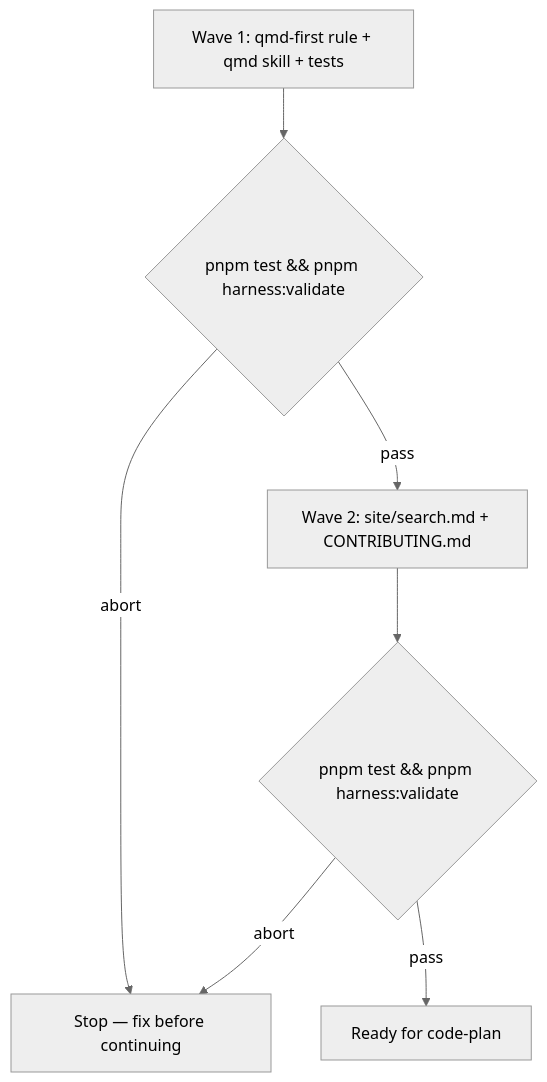
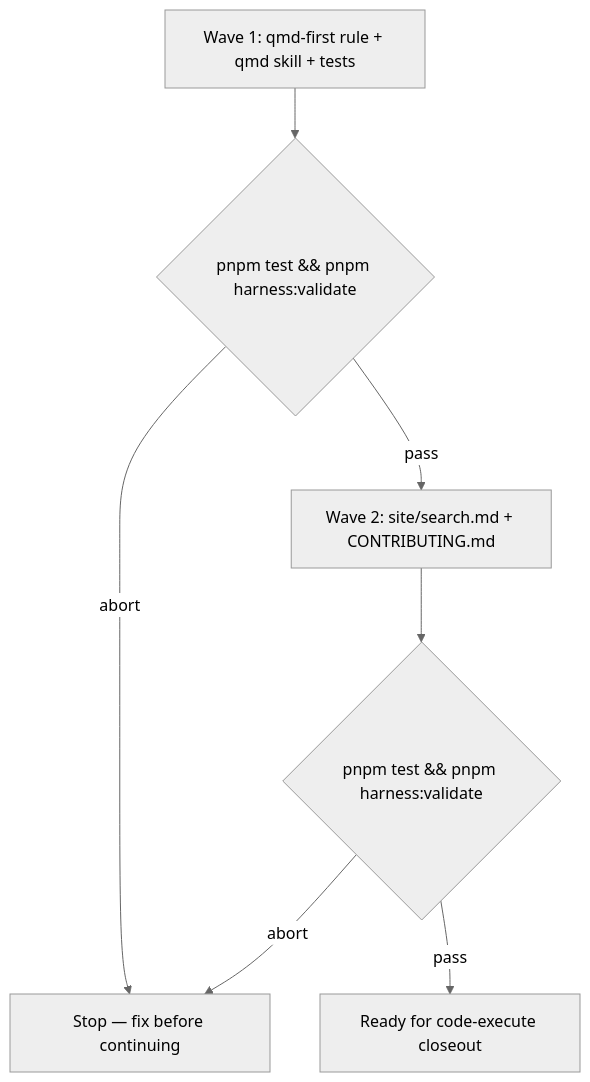
The diagram in docs/specs/qmd-worktree-empty-index/qmd-worktree-empty-index-spec.md (WolvenTech/wolven-harness), drawn with Mermaid (neutral theme) before and after one commit. The commit also changed other lines of this file and 1 other file, not shown here.

Commit message:
docs(specs): stable qmd empty index spec and execution plan

````diff
--- a/docs/specs/qmd-worktree-empty-index/qmd-worktree-empty-index-spec.md
+++ b/docs/specs/qmd-worktree-empty-index/qmd-worktree-empty-index-spec.md
@@ -61,9 +61,9 @@
 ```mermaid
 flowchart TD
   A[Wave 1: qmd-first rule + qmd skill + tests] --> G1{pnpm test && pnpm harness:validate}
   G1 -->|abort| X[Stop — fix before continuing]
   G1 -->|pass| B[Wave 2: site/search.md + CONTRIBUTING.md]
   B --> G2{pnpm test && pnpm harness:validate}
   G2 -->|abort| X
-  G2 -->|pass| D[Ready for code-plan]
+  G2 -->|pass| D[Ready for code-execute closeout]
 ```
````
